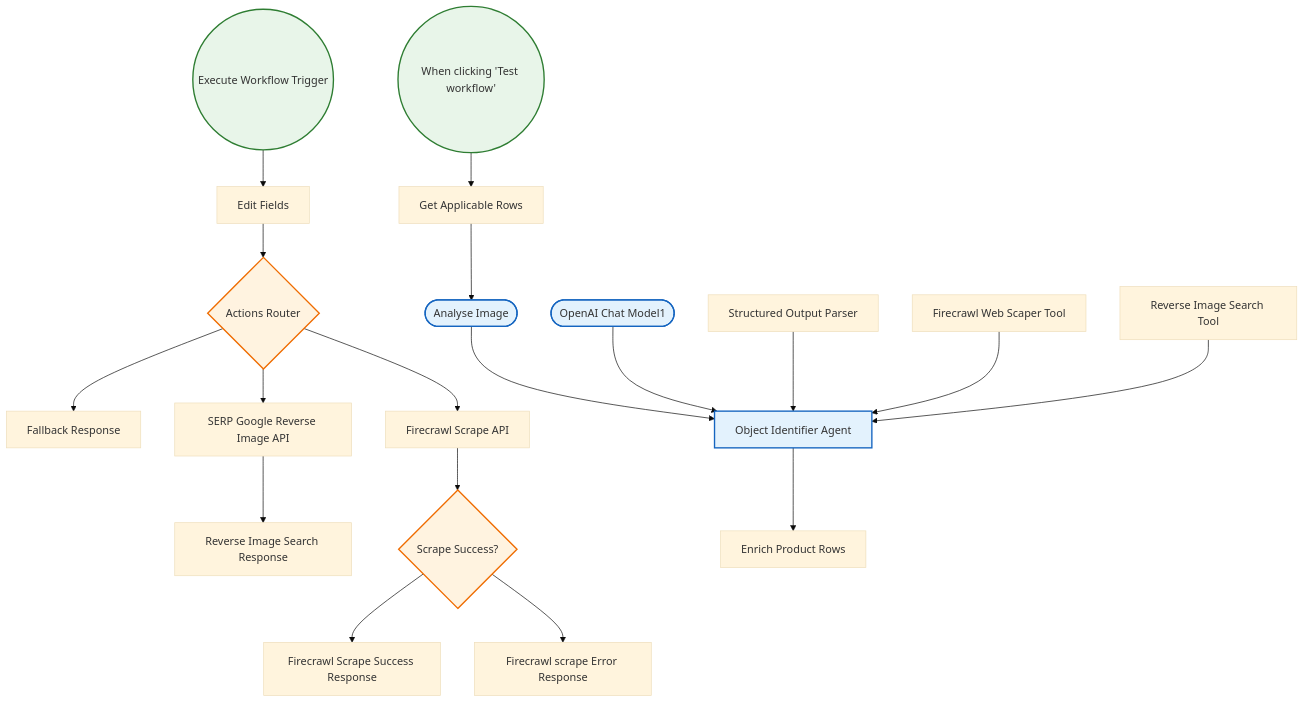
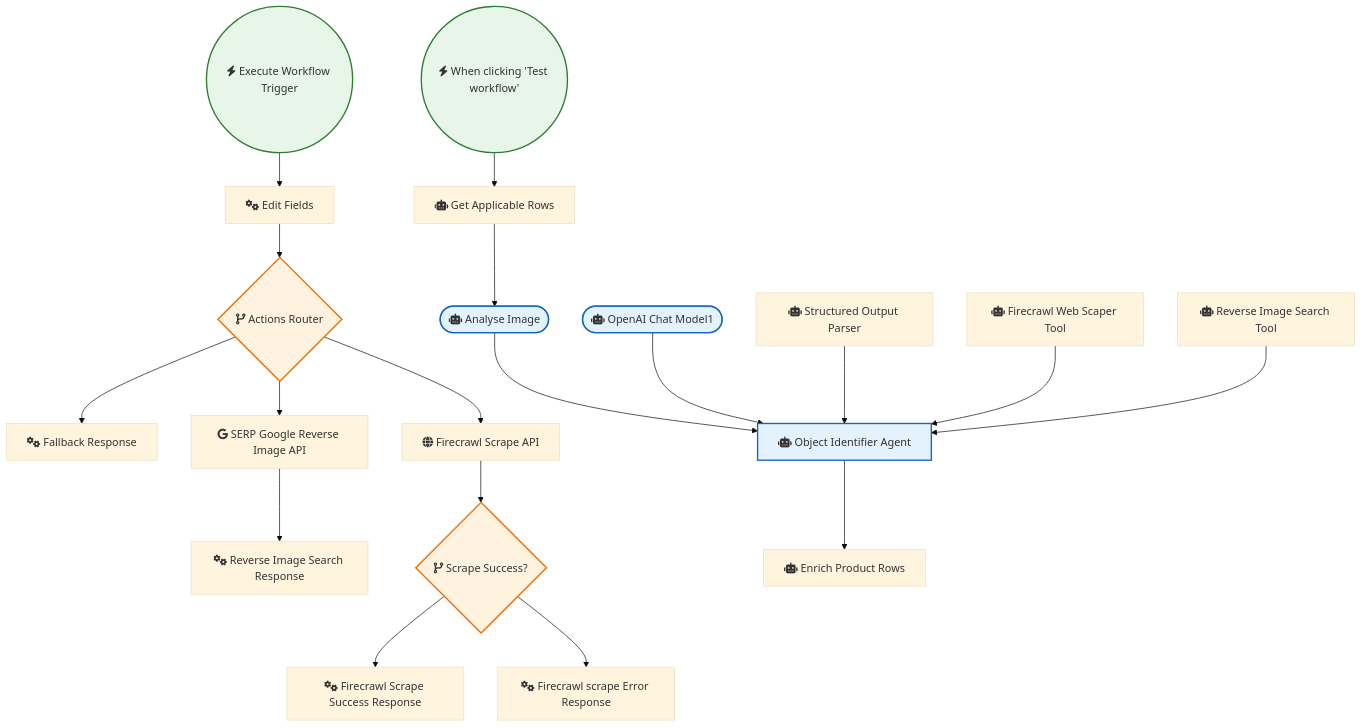
The diagram in AI_Research_RAG_and_Data_Analysis/Enrich Property Inventory Survey with Image Recognition and AI Agent.md (sreyash3105/N8N-DEMO-AUTOMATIONS), drawn with Mermaid (base theme) before and after one commit. The commit also changed 291 other files, not shown here.

````diff
--- a/AI_Research_RAG_and_Data_Analysis/Enrich Property Inventory Survey with Image Recognition and AI Agent.md
+++ b/AI_Research_RAG_and_Data_Analysis/Enrich Property Inventory Survey with Image Recognition and AI Agent.md
@@ -1,44 +1,44 @@
 ```mermaid
 graph TD
     classDef trigger fill:#e8f5e9,stroke:#2e7d32,stroke-width:2px;
     classDef ai fill:#e3f2fd,stroke:#1565c0,stroke-width:2px;
     classDef logic fill:#fff3e0,stroke:#ef6c00,stroke-width:2px;
 
-    When_clicking__Test_workflow_(("When clicking 'Test workflow'")):::trigger
-    OpenAI_Chat_Model1(["OpenAI Chat Model1"]):::ai
-    Get_Applicable_Rows["Get Applicable Rows"]
-    Execute_Workflow_Trigger(("Execute Workflow Trigger")):::trigger
-    Edit_Fields["Edit Fields"]
-    Fallback_Response["Fallback Response"]
-    SERP_Google_Reverse_Image_API["SERP Google Reverse Image API"]
-    Reverse_Image_Search_Response["Reverse Image Search Response"]
-    Reverse_Image_Search_Tool["Reverse Image Search Tool"]
-    Firecrawl_Scrape_API["Firecrawl Scrape API"]
-    Scrape_Success_{"Scrape Success?"}:::logic
-    Firecrawl_Scrape_Success_Response["Firecrawl Scrape Success Response"]
-    Firecrawl_scrape_Error_Response["Firecrawl scrape Error Response"]
-    Firecrawl_Web_Scaper_Tool["Firecrawl Web Scaper Tool"]
-    Structured_Output_Parser["Structured Output Parser"]
-    Enrich_Product_Rows["Enrich Product Rows"]
-    Analyse_Image(["Analyse Image"]):::ai
-    Object_Identifier_Agent["Object Identifier Agent"]:::ai
-    Actions_Router{"Actions Router"}:::logic
+    When_clicking__Test_workflow_(("fas:fa-bolt When clicking 'Test workflow'")):::trigger
+    OpenAI_Chat_Model1(["fas:fa-robot OpenAI Chat Model1"]):::ai
+    Get_Applicable_Rows["fas:fa-robot Get Applicable Rows"]
+    Execute_Workflow_Trigger(("fas:fa-bolt Execute Workflow Trigger")):::trigger
+    Edit_Fields["fas:fa-cogs Edit Fields"]
+    Fallback_Response["fas:fa-cogs Fallback Response"]
+    SERP_Google_Reverse_Image_API["fab:fa-google SERP Google Reverse Image API"]
+    Reverse_Image_Search_Response["fas:fa-cogs Reverse Image Search Response"]
+    Reverse_Image_Search_Tool["fas:fa-robot Reverse Image Search Tool"]
+    Firecrawl_Scrape_API["fas:fa-globe Firecrawl Scrape API"]
+    Scrape_Success_{"fas:fa-code-branch Scrape Success?"}:::logic
+    Firecrawl_Scrape_Success_Response["fas:fa-cogs Firecrawl Scrape Success Response"]
+    Firecrawl_scrape_Error_Response["fas:fa-cogs Firecrawl scrape Error Response"]
+    Firecrawl_Web_Scaper_Tool["fas:fa-robot Firecrawl Web Scaper Tool"]
+    Structured_Output_Parser["fas:fa-robot Structured Output Parser"]
+    Enrich_Product_Rows["fas:fa-robot Enrich Product Rows"]
+    Analyse_Image(["fas:fa-robot Analyse Image"]):::ai
+    Object_Identifier_Agent["fas:fa-robot Object Identifier Agent"]:::ai
+    Actions_Router{"fas:fa-code-branch Actions Router"}:::logic
 
     Edit_Fields --> Actions_Router
     Analyse_Image --> Object_Identifier_Agent
     Actions_Router --> SERP_Google_Reverse_Image_API
     Actions_Router --> Firecrawl_Scrape_API
     Actions_Router --> Fallback_Response
     Scrape_Success_ --> Firecrawl_Scrape_Success_Response
     Scrape_Success_ --> Firecrawl_scrape_Error_Response
     OpenAI_Chat_Model1 --> Object_Identifier_Agent
     Get_Applicable_Rows --> Analyse_Image
     Firecrawl_Scrape_API --> Scrape_Success_
     Object_Identifier_Agent --> Enrich_Product_Rows
     Execute_Workflow_Trigger --> Edit_Fields
     Structured_Output_Parser --> Object_Identifier_Agent
     Firecrawl_Web_Scaper_Tool --> Object_Identifier_Agent
     Reverse_Image_Search_Tool --> Object_Identifier_Agent
     SERP_Google_Reverse_Image_API --> Reverse_Image_Search_Response
     When_clicking__Test_workflow_ --> Get_Applicable_Rows
 ```
````
